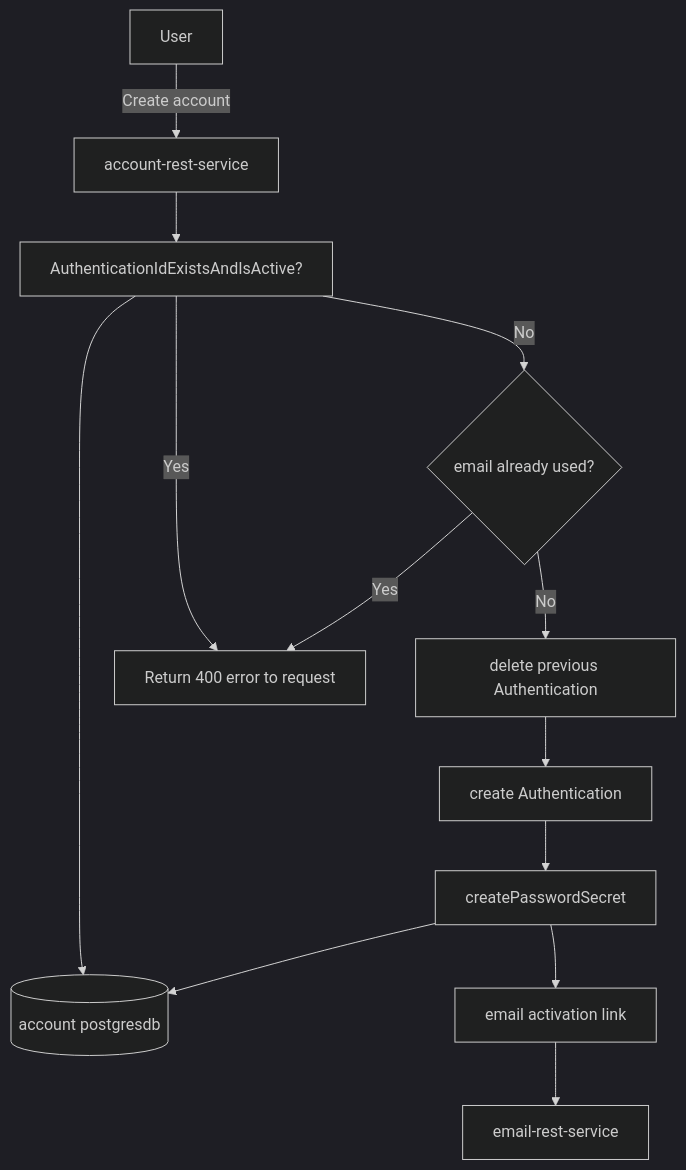
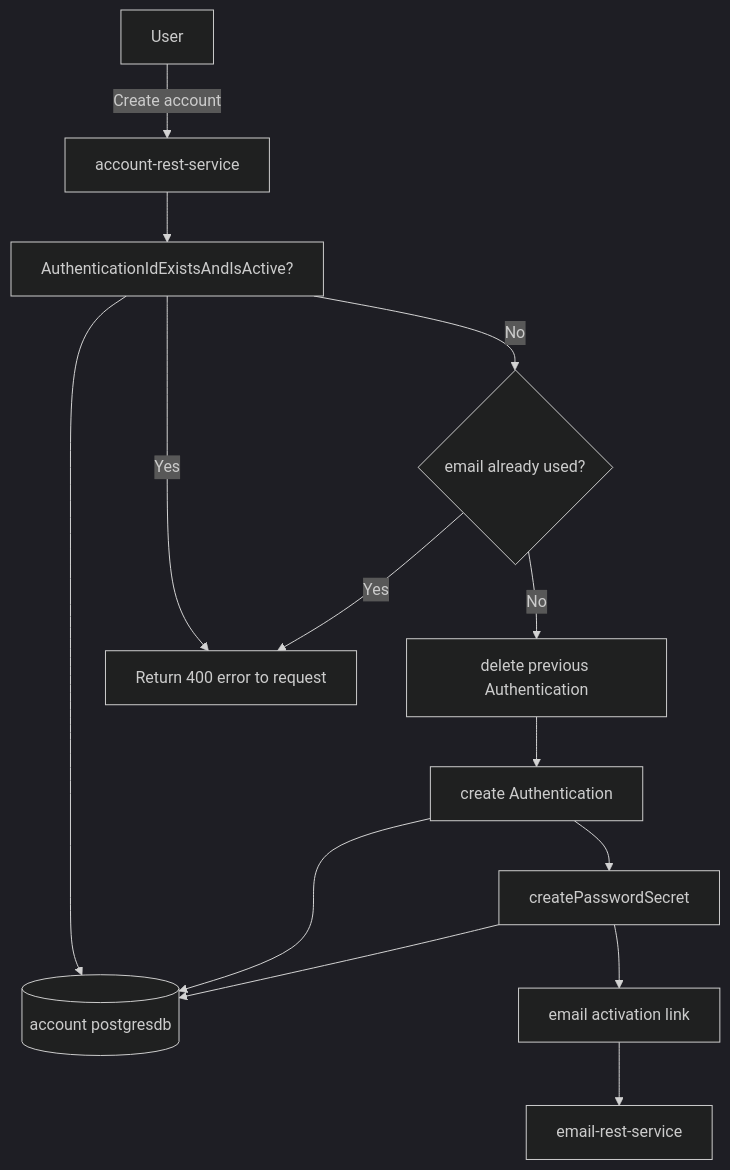
Before and after one commit to sonamsamdupkhangsar/account-rest-service: the fifth of 5 diagrams in README.md, drawn with Mermaid (dark theme).

````diff
--- a/README.md
+++ b/README.md
@@ -144,15 +144,16 @@
 ```mermaid
 flowchart TD
   User --"Create account"--> account-rest-service
   account-rest-service --> validateAuthenticationIdExistsAndTrue["AuthenticationIdExistsAndIsActive?"]
   validateAuthenticationIdExistsAndTrue --> accountDb[(account postgresdb)]
   validateAuthenticationIdExistsAndTrue -->|Yes| returnError[Return 400 error to request]  
   validateAuthenticationIdExistsAndTrue -->|No| existsByEmail{email already used?}
   existsByEmail -->|Yes| returnError
   existsByEmail -->|No| deleteAuthenticationIdActiveFalse["delete previous Authentication"]
   deleteAuthenticationIdActiveFalse --> save["create Authentication"]
+  save --> accountDb
   save --> createPasswordSecret
   createPasswordSecret --> accountDb
   createPasswordSecret --> emailActivationLink["email activation link"]
   emailActivationLink --> email-rest-service
 ```
````
